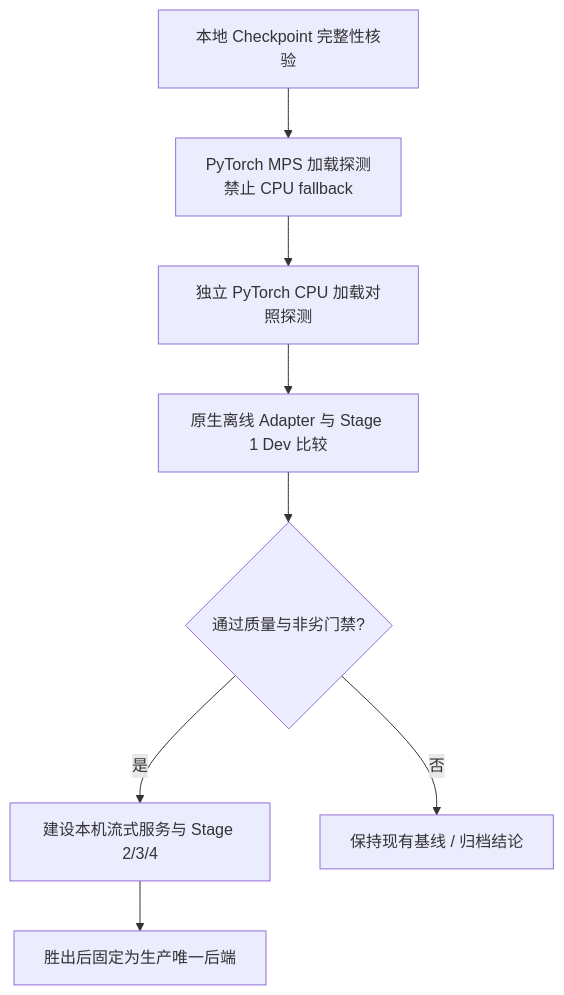
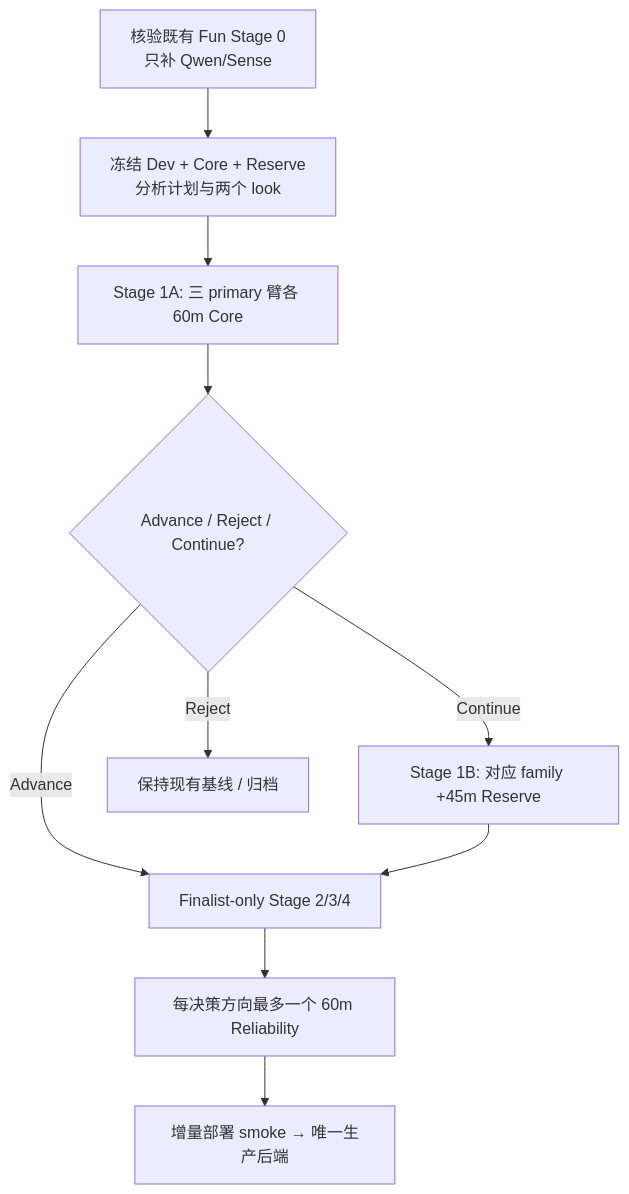
Before and after one commit to hrygo/voice-realtime: the first of 3 diagrams in docs/Fun-ASR与现有ASR后端科学对比测试方案.md, drawn with Mermaid. The commit also changed other lines of this file and 2 other files, not shown here.

````diff
--- a/docs/Fun-ASR与现有ASR后端科学对比测试方案.md
+++ b/docs/Fun-ASR与现有ASR后端科学对比测试方案.md
@@ -117,10 +123,12 @@
 ```mermaid
 flowchart TD
-    A[本地 Checkpoint 完整性核验] --> B[PyTorch MPS 加载探测<br/>禁止 CPU fallback]
-    B --> C[独立 PyTorch CPU 加载对照探测]
-    C --> D[原生离线 Adapter 与 Stage 1 Dev 比较]
-    D --> E{通过质量与非劣门禁?}
-    E -- 是 --> F[建设本机流式服务与 Stage 2/3/4]
-    E -- 否 --> G[保持现有基线 / 归档结论]
-    F --> H[胜出后固定为生产唯一后端]
+    A[核验既有 Fun Stage 0<br/>只补 Qwen/Sense] --> B[冻结 Dev + Core + Reserve<br/>分析计划与两个 look]
+    B --> C[Stage 1A: 三 primary 臂各 60m Core]
+    C --> D{Advance / Reject / Continue?}
+    D -- Continue --> E[Stage 1B: 对应 family +45m Reserve]
+    D -- Reject --> F[保持现有基线 / 归档]
+    D -- Advance --> G[Finalist-only Stage 2/3/4]
+    E --> G
+    G --> H[每决策方向最多一个 60m Reliability]
+    H --> I[增量部署 smoke → 唯一生产后端]
 ```
````
